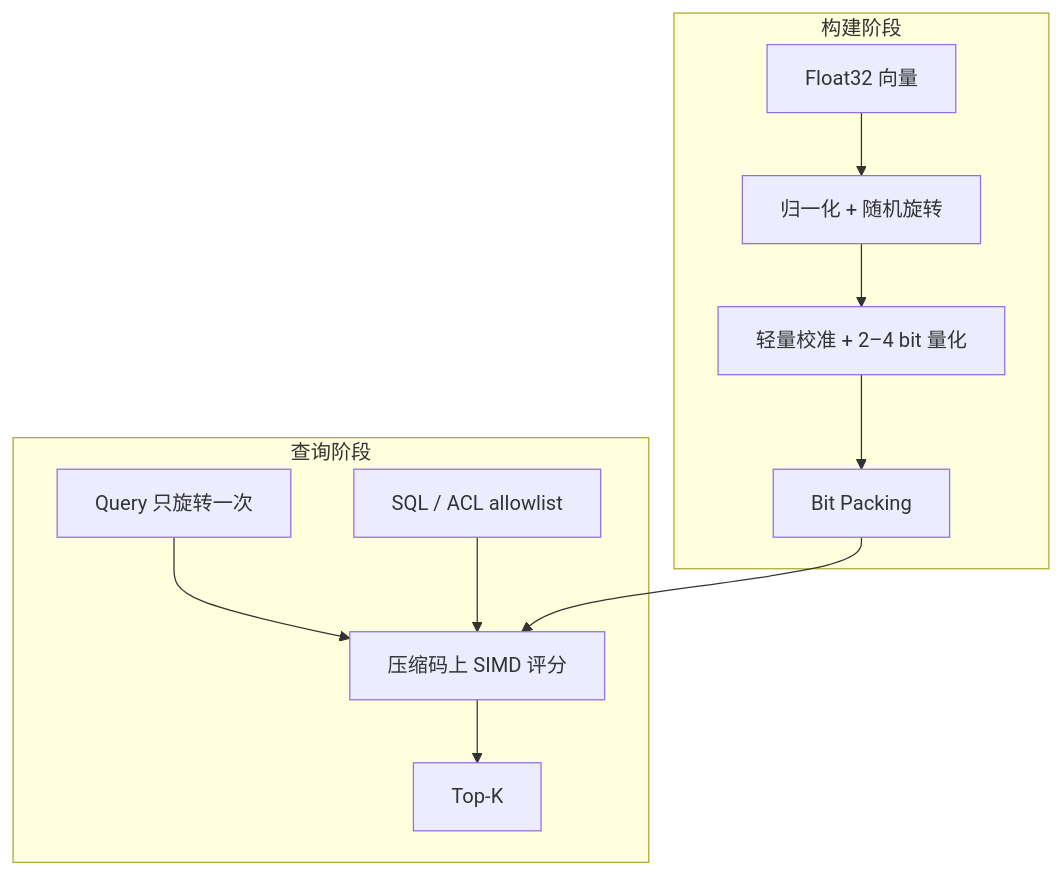
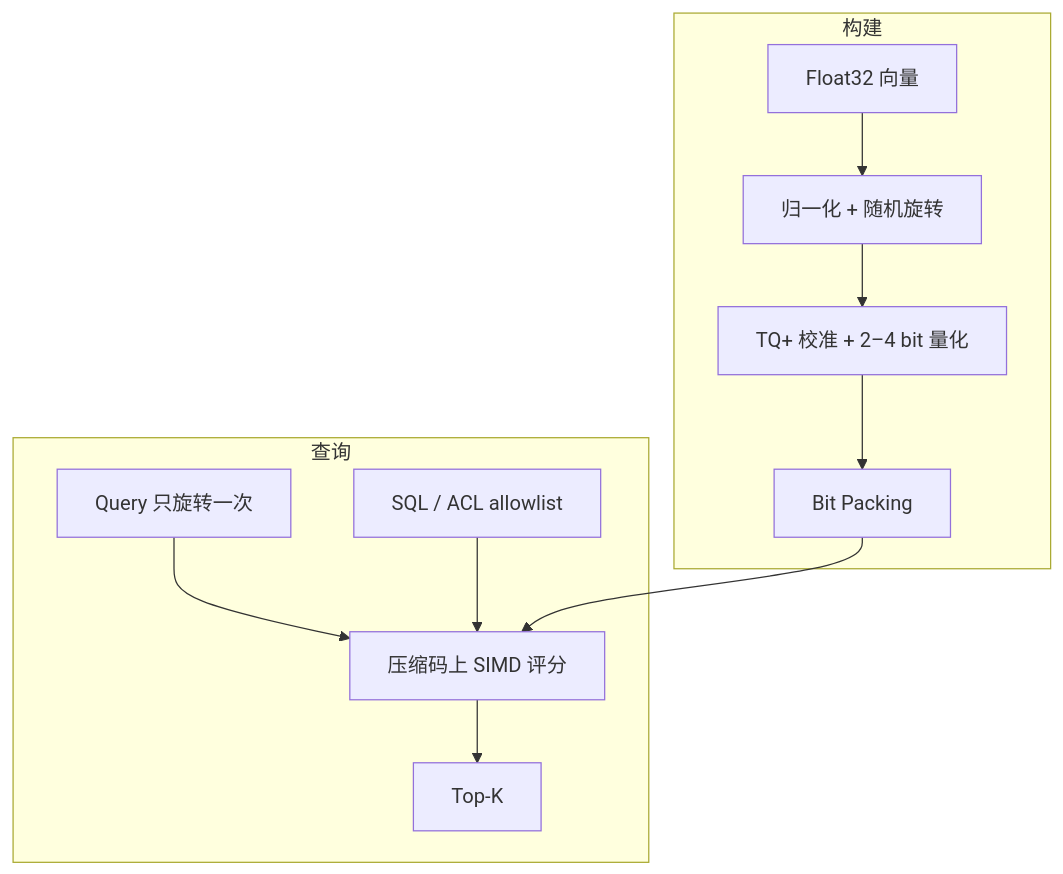
The third of 4 diagrams in content/posts/260726/index.md (littlewwwhite/littlewwwhite.github.io), drawn with Mermaid before and after one commit. The commit also changed other lines of this file and 2 other files, not shown here.

````diff
--- a/content/posts/260726/index.md
+++ b/content/posts/260726/index.md
@@ -183,14 +70,14 @@
 ```mermaid
 flowchart TB
-    subgraph B["构建阶段"]
+    subgraph BUILD["构建"]
         X["Float32 向量"] --> N["归一化 + 随机旋转"]
-        N --> C["轻量校准 + 2–4 bit 量化"]
+        N --> C["TQ+ 校准 + 2–4 bit 量化"]
         C --> P["Bit Packing"]
     end
-    subgraph Q["查询阶段"]
-        U["Query 只旋转一次"] --> S["压缩码上 SIMD 评分"]
+    subgraph QUERY["查询"]
+        Q["Query 只旋转一次"] --> S["压缩码上 SIMD 评分"]
         A["SQL / ACL allowlist"] --> S
         S --> K["Top-K"]
     end
     P --> S
 ```
````
